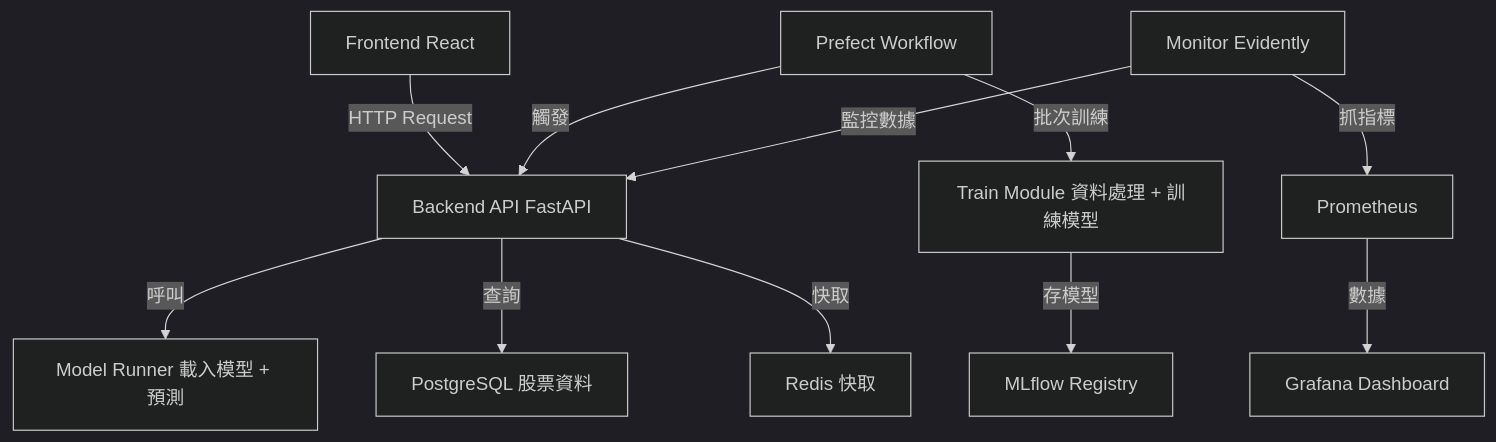
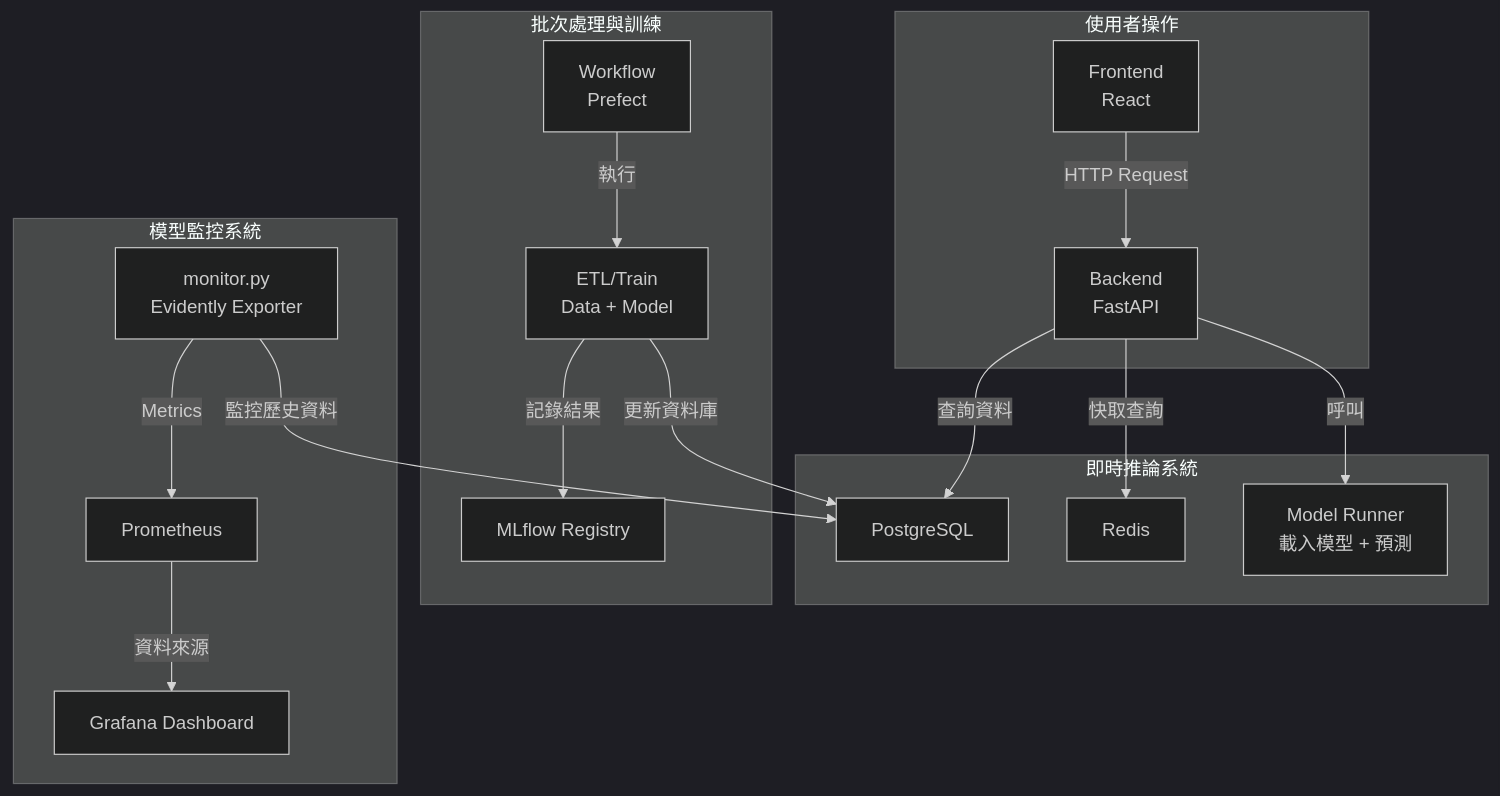
The diagram in docs.md (a920604a/stock-mlops), drawn with Mermaid (dark theme) before and after one commit. The commit also changed other lines of this file and 11 other files, not shown here.

````diff
--- a/docs.md
+++ b/docs.md
@@ -33,17 +24,25 @@
 ```mermaid
 graph TD
-  A[Frontend React] -->|HTTP Request| B[Backend API FastAPI]
-  B -->|呼叫| C[Model Runner 載入模型 + 預測]
-  B -->|查詢| D[PostgreSQL 股票資料]
-  B -->|快取| E[Redis 快取]
+  subgraph 使用者操作
+    A[Frontend<br>React]
+    A -->|HTTP Request| B[Backend<br>FastAPI]
+  end
 
-  F[Prefect Workflow] -->|批次訓練| G[Train Module 資料處理 + 訓練模型]
-  G -->|存模型| H[MLflow Registry]
+  subgraph 即時推論系統
+    B -->|查詢資料| D[PostgreSQL]
+    B -->|快取查詢| E[Redis]
+    B -->|呼叫| C[Model Runner<br>載入模型 + 預測]
+  end
 
-  I[Monitor Evidently] -->|抓指標| J[Prometheus]
-  J -->|數據| K[Grafana Dashboard]
+  subgraph 批次處理與訓練
+    F[Workflow<br>Prefect] -->|執行| G[ETL/Train<br>Data + Model]
+    G -->|記錄結果| H[MLflow Registry]
+    G -->|更新資料庫| D
+  end
 
-  F -->|觸發| B
-  I -->|監控數據| B
-
+  subgraph 模型監控系統
+    I[monitor.py<br>Evidently Exporter] -->|Metrics| J[Prometheus]
+    J -->|資料來源| K[Grafana Dashboard]
+    I -->|監控歷史資料| D
+  end
 ```
````
